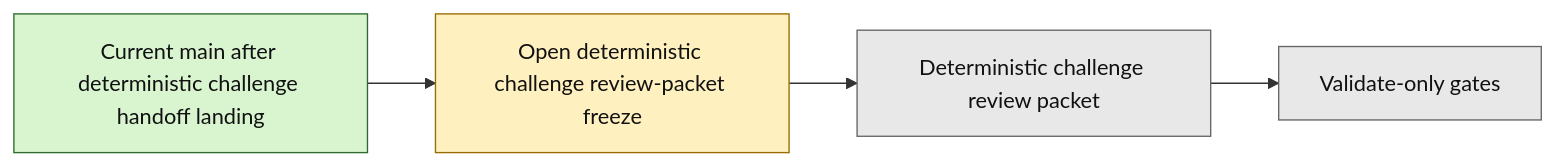
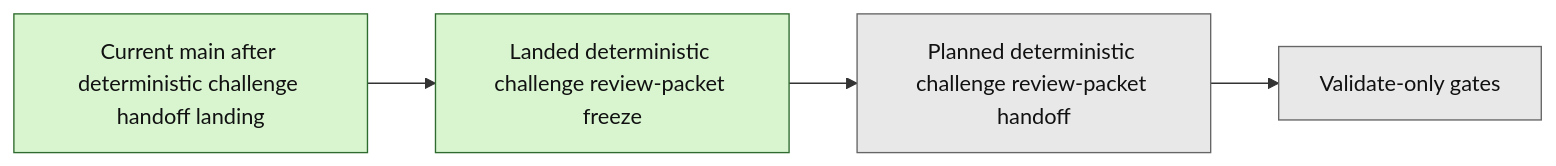
Before and after one commit to benjmcd/project6_REPO_MCP_FOLDER: the second of 2 diagrams in next_milestone_plans/layer3_progress_board.md, drawn with Mermaid. The commit also changed other lines of this file and 9 other files, not shown here.

Commit message:
docs(layer3): sync post-pr132 review-packet state

````diff
--- a/next_milestone_plans/layer3_progress_board.md
+++ b/next_milestone_plans/layer3_progress_board.md
@@ -163,14 +164,15 @@
 ```mermaid
 flowchart LR
-    A["Current main after deterministic challenge handoff landing"] --> B["Open deterministic challenge review-packet freeze"]
-    B --> C["Deterministic challenge review packet"]
+    A["Current main after deterministic challenge handoff landing"] --> B["Landed deterministic challenge review-packet freeze"]
+    B --> C["Planned deterministic challenge review-packet handoff"]
     C --> D["Validate-only gates"]
 
     classDef done fill:#d8f5d0,stroke:#2f6b2f,color:#111;
-    classDef open fill:#fff1bf,stroke:#9a6b00,color:#111;
+    classDef planned fill:#fff1bf,stroke:#9a6b00,color:#111;
     classDef future fill:#e8e8e8,stroke:#666,color:#111;
 
     class A done;
-    class B open;
+    class B done;
+    class C planned;
     class C,D future;
 ```
````
